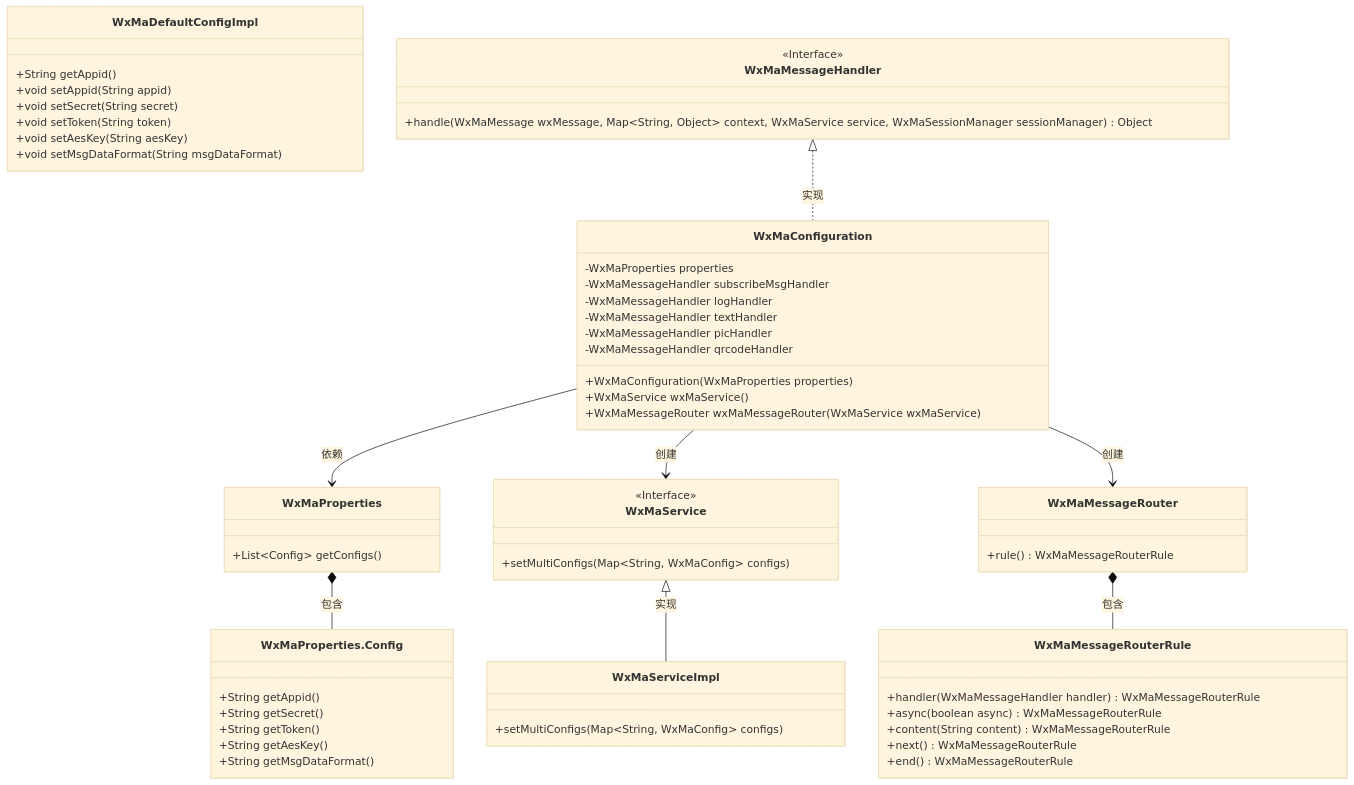
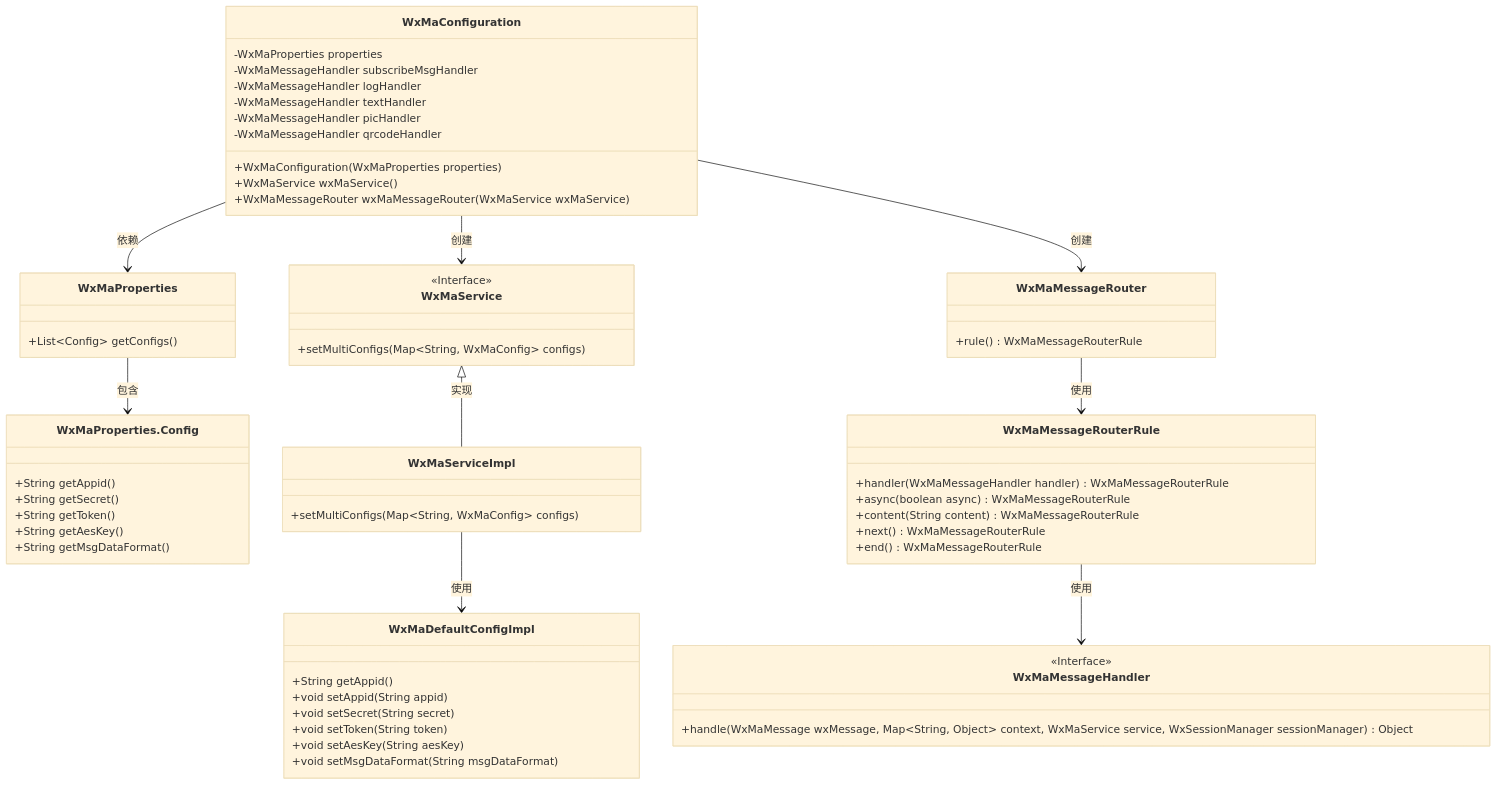
One commit to v-wjrong/rongwj666_weixin-java-miniapp-demo changed the first of 2 diagrams in docs/zh/docs/src/main/java/com/github/binarywang/demo/wx/miniapp/config/WxMaConfiguration.md. Above: the diagram before and after it, drawn with Mermaid (base theme). The commit also changed other lines of this file and 46 other files, not shown here.

````diff
--- a/docs/zh/docs/src/main/java/com/github/binarywang/demo/wx/miniapp/config/WxMaConfiguration.md
+++ b/docs/zh/docs/src/main/java/com/github/binarywang/demo/wx/miniapp/config/WxMaConfiguration.md
@@ -36,69 +36,70 @@
 ```mermaid
 classDiagram
     class WxMaConfiguration {
         -WxMaProperties properties
         -WxMaMessageHandler subscribeMsgHandler
         -WxMaMessageHandler logHandler
         -WxMaMessageHandler textHandler
         -WxMaMessageHandler picHandler
         -WxMaMessageHandler qrcodeHandler
         +WxMaConfiguration(WxMaProperties properties)
         +WxMaService wxMaService()
         +WxMaMessageRouter wxMaMessageRouter(WxMaService wxMaService)
     }
 
     class WxMaProperties {
         +List~Config~ getConfigs()
     }
 
     class WxMaProperties.Config {
         +String getAppid()
         +String getSecret()
         +String getToken()
         +String getAesKey()
         +String getMsgDataFormat()
     }
 
     class WxMaService {
         <<Interface>>
         +setMultiConfigs(Map~String, WxMaConfig~ configs)
     }
 
     class WxMaServiceImpl {
         +setMultiConfigs(Map~String, WxMaConfig~ configs)
     }
 
     class WxMaDefaultConfigImpl {
         +String getAppid()
         +void setAppid(String appid)
         +void setSecret(String secret)
         +void setToken(String token)
         +void setAesKey(String aesKey)
         +void setMsgDataFormat(String msgDataFormat)
     }
 
     class WxMaMessageRouter {
         +rule() WxMaMessageRouterRule
     }
 
     class WxMaMessageRouterRule {
         +handler(WxMaMessageHandler handler) WxMaMessageRouterRule
         +async(boolean async) WxMaMessageRouterRule
         +content(String content) WxMaMessageRouterRule
         +next() WxMaMessageRouterRule
         +end() WxMaMessageRouterRule
     }
 
     class WxMaMessageHandler {
         <<Interface>>
-        +handle(WxMaMessage wxMessage, Map~String, Object~ context, WxMaService service, WxMaSessionManager sessionManager) Object
+        +handle(WxMaMessage wxMessage, Map~String, Object~ context, WxMaService service, WxSessionManager sessionManager) Object
     }
 
     WxMaConfiguration --> WxMaProperties : 依赖
     WxMaConfiguration --> WxMaService : 创建
     WxMaConfiguration --> WxMaMessageRouter : 创建
     WxMaService <|-- WxMaServiceImpl : 实现
-    WxMaProperties *-- WxMaProperties.Config : 包含
-    WxMaMessageRouter *-- WxMaMessageRouterRule : 包含
-    WxMaMessageHandler <|.. WxMaConfiguration : 实现
+    WxMaProperties --> WxMaProperties.Config : 包含
+    WxMaServiceImpl --> WxMaDefaultConfigImpl : 使用
+    WxMaMessageRouter --> WxMaMessageRouterRule : 使用
+    WxMaMessageRouterRule --> WxMaMessageHandler : 使用
 ```
````
